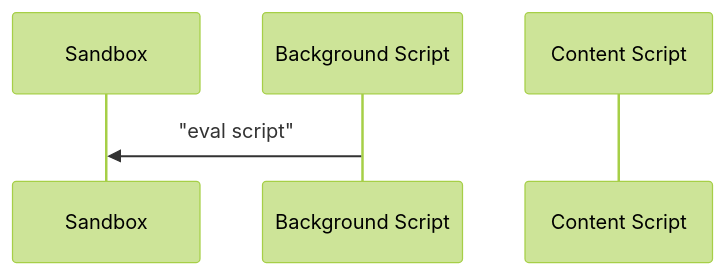
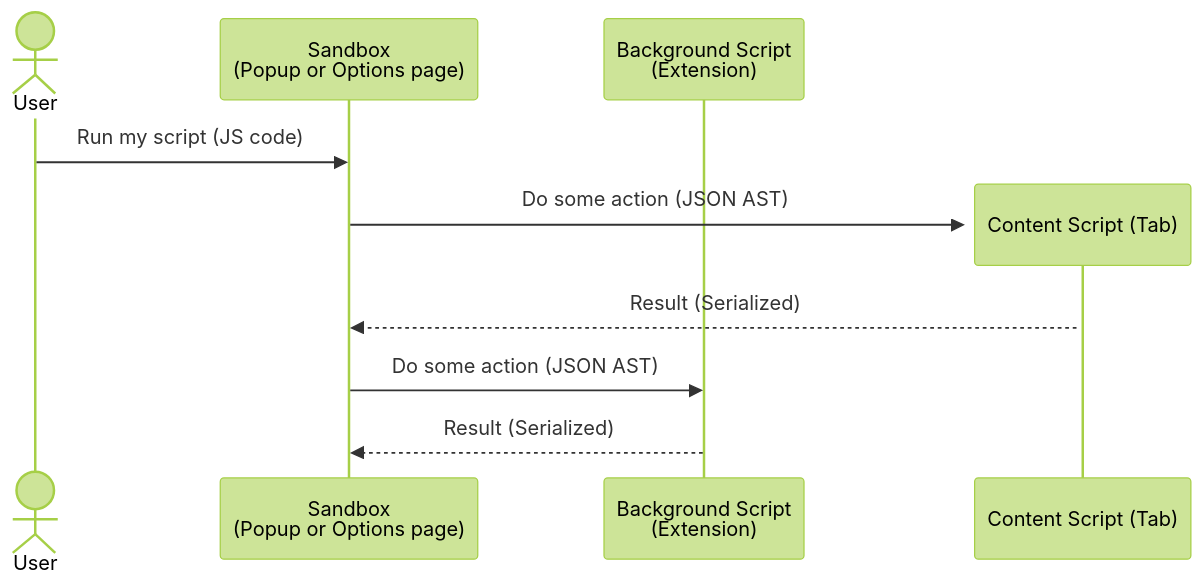
The diagram in docs/arch.md (x0k/web-maid), drawn with Mermaid (forest theme) before and after one commit. The commit also changed other lines of this file, not shown here.

Commit message:
Execution flow

````diff
--- a/docs/arch.md
+++ b/docs/arch.md
@@ -3,8 +5,12 @@
 ```mermaid
 sequenceDiagram
-  participant Sandbox
-  participant bg as Background Script
-  participant cs as Content Script
-  bg ->> Sandbox: "eval script"
-  
+  actor User
+  participant sb as Sandbox<br />(Popup or Options page)
+  participant bg as Background Script<br />(Extension)
+  User ->> sb: Run my script (JS code)
+  create participant cs as Content Script (Tab)
+  sb ->>+ cs: Do some action (JSON AST)
+  cs -->> sb: Result (Serialized)
+  sb ->> bg: Do some action (JSON AST)
+  bg -->> sb: Result (Serialized)
 ```
````
